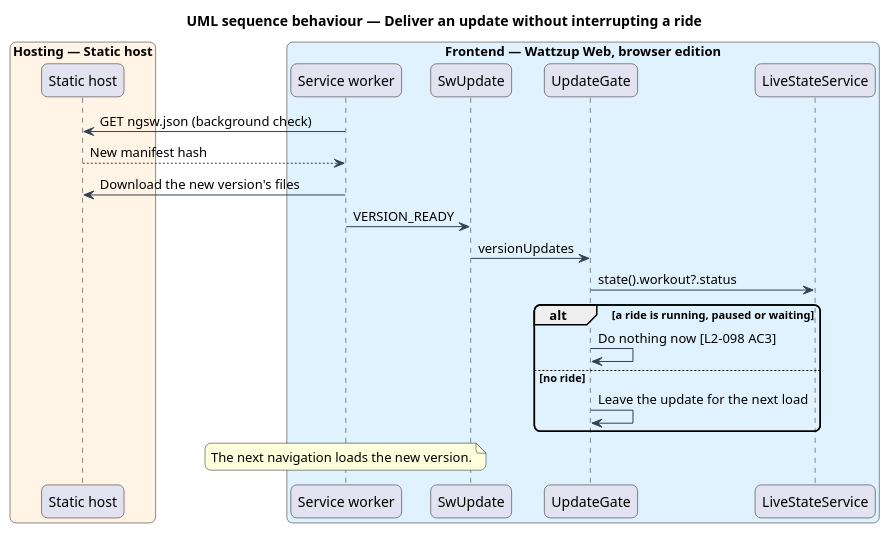
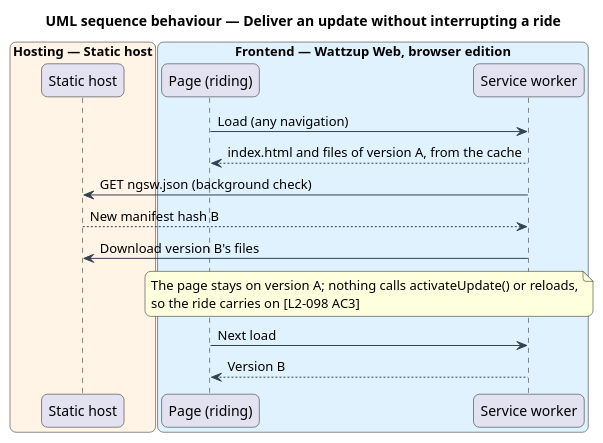
The diagram in docs/detailed-designs/browser-edition/build-and-host/diagrams/sequence-update.puml (QuinntyneBrown/ride-one), drawn with PlantUML before and after one commit. The commit also changed 14 other files, not shown here.

```diff
--- a/docs/detailed-designs/browser-edition/build-and-host/diagrams/sequence-update.puml
+++ b/docs/detailed-designs/browser-edition/build-and-host/diagrams/sequence-update.puml
@@ -1,30 +1,24 @@
 @startuml
 title UML sequence behaviour — Deliver an update without interrupting a ride
 skinparam backgroundColor #FFFFFF
 skinparam shadowing false
 skinparam roundcorner 12
 skinparam defaultFontName Arial
 skinparam ArrowColor #344054
 box "Hosting — Static host" #FFF4E5
   participant "Static host" as host
 end box
 box "Frontend — Wattzup Web, browser edition" #E0F2FE
+  participant "Page (riding)" as page
   participant "Service worker" as sw
-  participant "SwUpdate" as swu
-  participant "UpdateGate" as gate
-  participant "LiveStateService" as live
 end box
 
+page -> sw : Load (any navigation)
+sw --> page : index.html and files of version A, from the cache
 sw -> host : GET ngsw.json (background check)
-host --> sw : New manifest hash
-sw -> host : Download the new version's files
-sw -> swu : VERSION_READY
-swu -> gate : versionUpdates
-gate -> live : state().workout?.status
-alt a ride is running, paused or waiting
-  gate -> gate : Do nothing now [L2-098 AC3]
-else no ride
-  gate -> gate : Leave the update for the next load
-end
-note over sw : The next navigation loads the new version.
+host --> sw : New manifest hash B
+sw -> host : Download version B's files
+note over page, sw : The page stays on version A; nothing calls activateUpdate() or reloads,\nso the ride carries on [L2-098 AC3]
+page -> sw : Next load
+sw --> page : Version B
 @enduml
```
